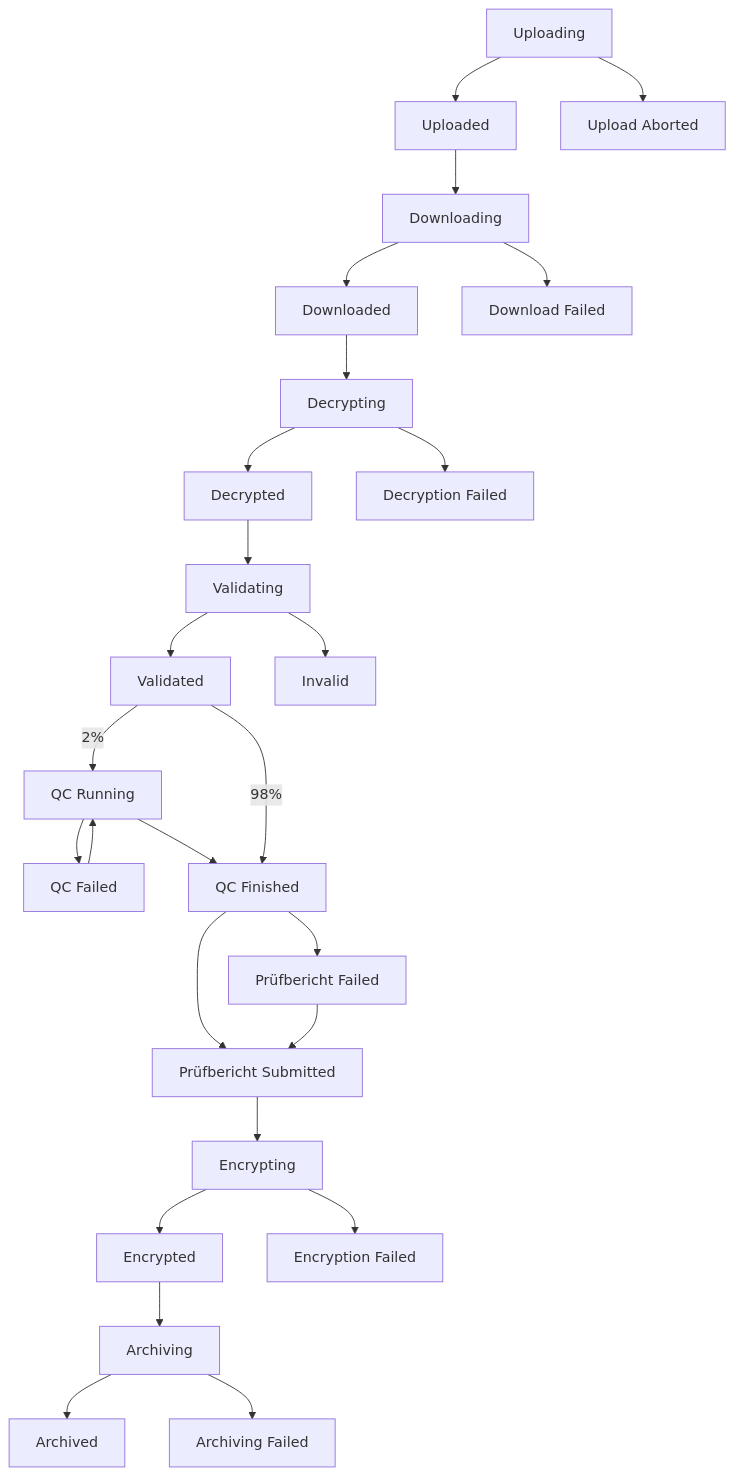
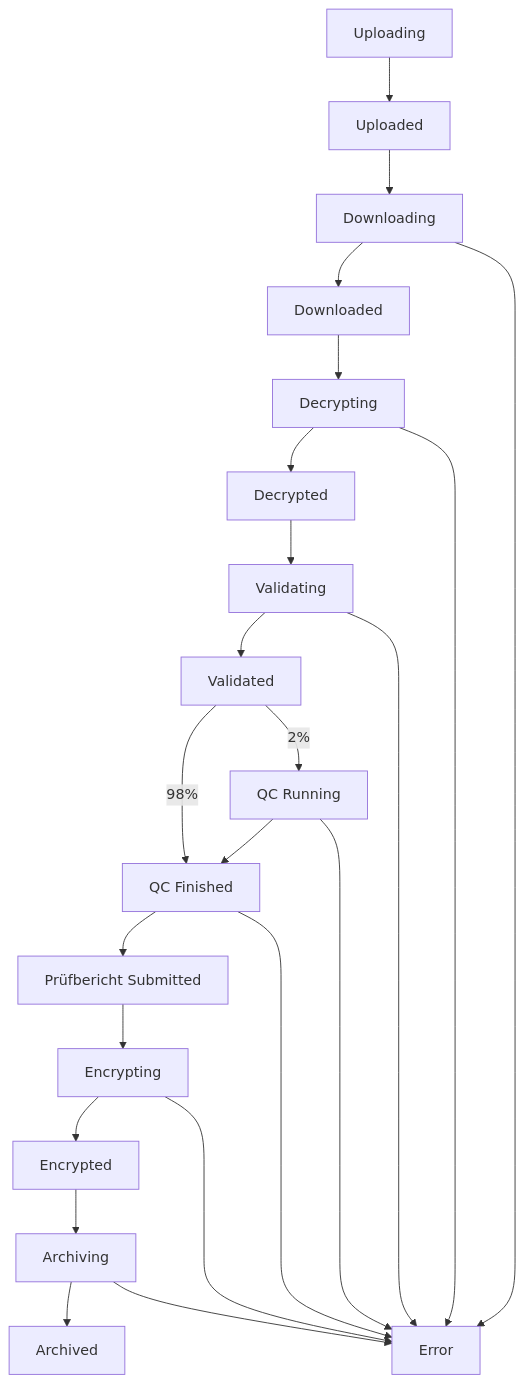
Before and after one commit to twrightsman/grz-watchdog: the second of 2 diagrams in docs/design.md, drawn with Mermaid. The commit also changed other lines of this file, not shown here.

Commit message:
Update flowcharts

````diff
--- a/docs/design.md
+++ b/docs/design.md
@@ -37,45 +41,35 @@
 ```mermaid
 flowchart TD
-    n1["Uploading"] --> n2["Uploaded"] & n6["Upload Aborted"]
+    n1["Uploading"] --> n2["Uploaded"]
     n2 --> n3["Downloading"]
-    n3 --> n4["Downloaded"] & n5["Download Failed"]
+    n3 --> n4["Downloaded"] & n5["Error"]
     n4 --> n7["Decrypting"]
-    n7 --> n8["Decrypted"] & n9["Decryption Failed"]
+    n7 --> n8["Decrypted"] & n5
     n8 --> n10["Validating"]
-    n10 --> n11["Validated"] & n12["Invalid"]
+    n10 --> n11["Validated"] & n5
     n11 -- 2% --> n13["QC Running"]
-    n13 --> n14["QC Failed"] & n15["QC Finished"]
+    n13 --> n15["QC Finished"] & n5
     n11 -- 98% --> n15
-    n15 --> n16["Prüfbericht Submitted"] & n17["Prüfbericht Failed"]
-    n17 --> n16
-    n14 --> n13
+    n15 --> n16["Prüfbericht Submitted"] & n5
     n16 --> n18["Encrypting"]
-    n18 --> n19["Encrypted"] & n22["Encryption Failed"]
+    n18 --> n19["Encrypted"] & n5
     n19 --> n20["Archiving"]
-    n20 --> n21["Archived"]
-    n20 --> n23["Archiving Failed"]
+    n20 --> n21["Archived"] & n5
 
     n1@{ shape: rect}
     n2@{ shape: rect}
-    n6@{ shape: rect}
     n3@{ shape: rect}
     n4@{ shape: rect}
     n5@{ shape: rect}
     n7@{ shape: rect}
     n8@{ shape: rect}
-    n9@{ shape: rect}
     n10@{ shape: rect}
     n11@{ shape: rect}
-    n12@{ shape: rect}
     n13@{ shape: rect}
-    n14@{ shape: rect}
     n15@{ shape: rect}
     n16@{ shape: rect}
-    n17@{ shape: rect}
     n18@{ shape: rect}
     n19@{ shape: rect}
-    n22@{ shape: rect}
     n20@{ shape: rect}
     n21@{ shape: rect}
-    n23@{ shape: rect}
 ```
````
